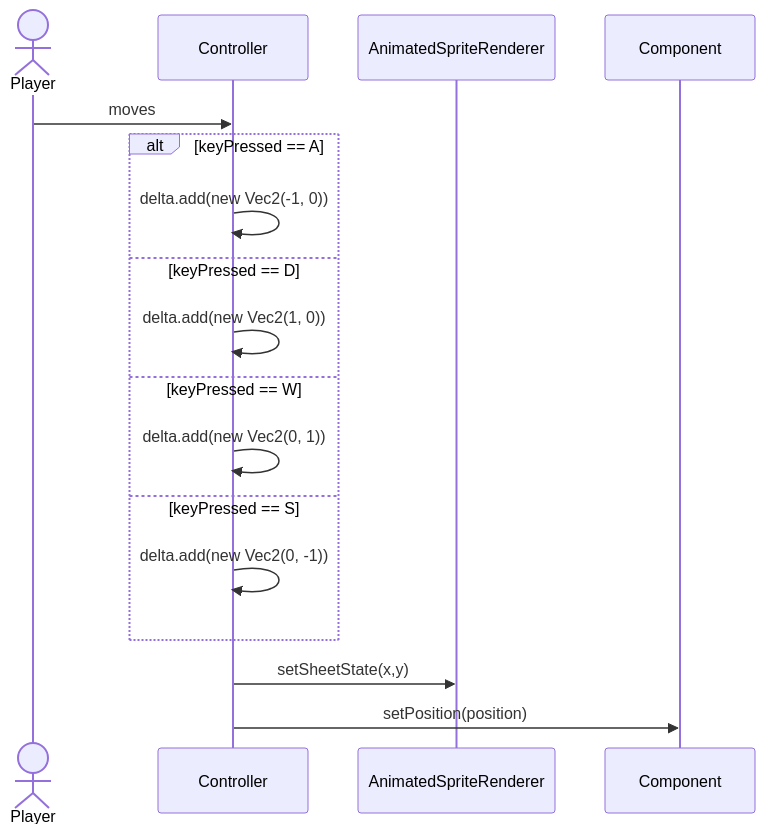
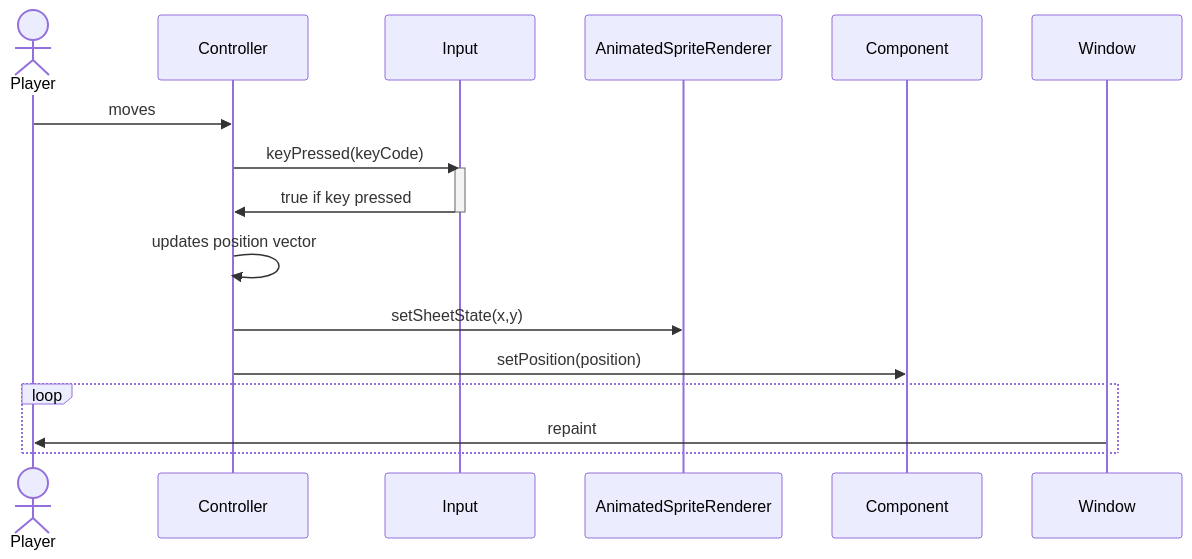
The second of 2 diagrams in docs/design/sequence_diagrams.md (Rimaro03/docs-exam-slayer), drawn with Mermaid before and after one commit. The commit also changed other lines of this file and 2 other files, not shown here.

Commit message:
finished movement sequence diagram

````diff
--- a/docs/design/sequence_diagrams.md
+++ b/docs/design/sequence_diagrams.md
@@ -38,16 +37,15 @@
 ```mermaid
 sequenceDiagram
   Actor Player
   Player ->> Controller: moves
-  alt keyPressed == A
-    Controller ->> Controller: delta.add(new Vec2(-1, 0))
-  else keyPressed == D
-    Controller ->> Controller: delta.add(new Vec2(1, 0))
-  else keyPressed == W
-    Controller ->> Controller: delta.add(new Vec2(0, 1))
-  else keyPressed == S
-    Controller ->> Controller: delta.add(new Vec2(0, -1))
-  end
+  Controller ->> Input: keyPressed(keyCode)
+  activate Input
+  Input ->> Controller: true if key pressed
+  deactivate Input
+  Controller ->> Controller: updates position vector
   Controller ->> AnimatedSpriteRenderer: setSheetState(x,y)
   Controller ->> Component: setPosition(position)
+  loop
+    Window ->> Player: repaint
+  end
 ```
````
